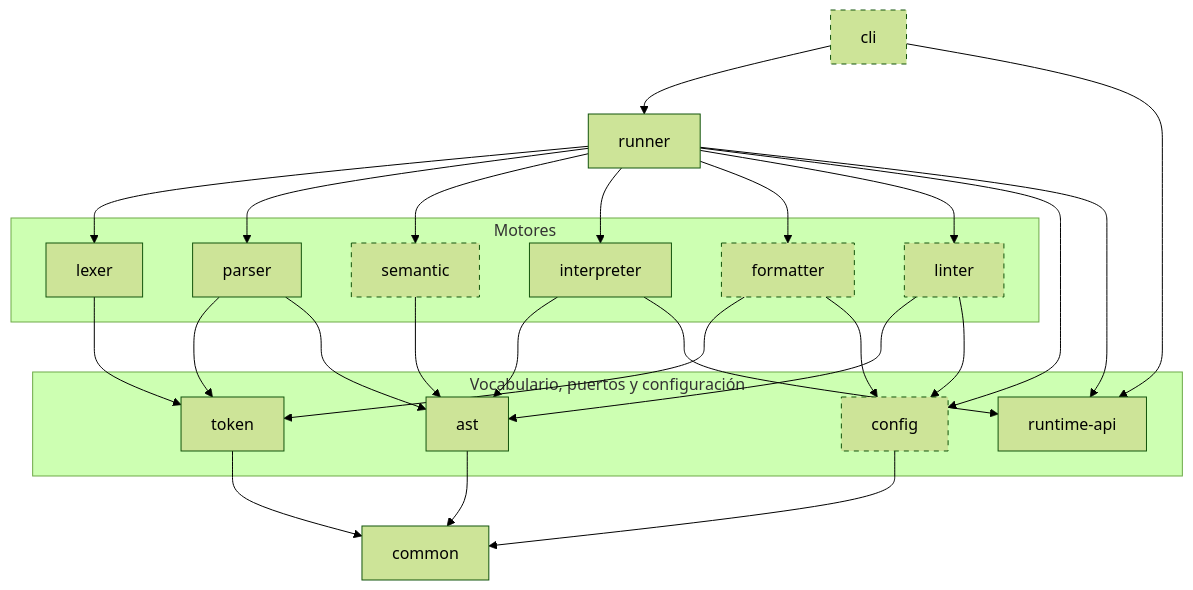
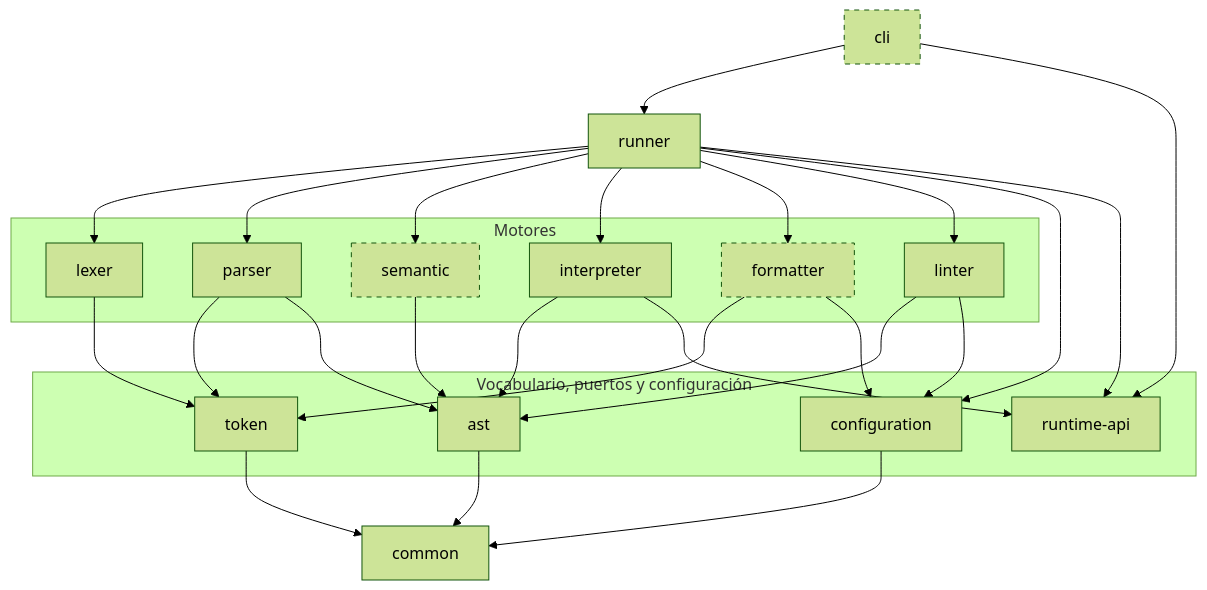
One commit to MartinaCousido/PrintScript changed the second of 3 diagrams in docs/arquitectura.md. Above: the diagram before and after it, drawn with Mermaid (forest theme). The commit also changed other lines of this file and 13 other files, not shown here.

````diff
--- a/docs/arquitectura.md
+++ b/docs/arquitectura.md
@@ -59,52 +67,52 @@
 ```mermaid
 flowchart TD
     cli["cli"]:::previsto
     runner["runner"]
 
     subgraph motores["Motores"]
         lexer["lexer"]
         parser["parser"]
         semantic["semantic"]:::previsto
         interpreter["interpreter"]
         formatter["formatter"]:::previsto
-        linter["linter"]:::previsto
+        linter["linter"]
     end
 
     subgraph vocabulario["Vocabulario, puertos y configuración"]
         token["token"]
         ast["ast"]
         runtimeapi["runtime-api"]
-        config["config"]:::previsto
+        config["configuration"]
     end
 
     common["common"]
 
     cli --> runner
     cli --> runtimeapi
 
     runner --> lexer
     runner --> parser
     runner --> semantic
     runner --> interpreter
     runner --> formatter
     runner --> linter
     runner --> config
     runner --> runtimeapi
 
     lexer --> token
     parser --> token
     parser --> ast
     semantic --> ast
     interpreter --> ast
     interpreter --> runtimeapi
     formatter --> token
     formatter --> config
     linter --> ast
     linter --> config
 
     token --> common
     ast --> common
     config --> common
 
     classDef previsto stroke-dasharray: 5 5
 ```
````
